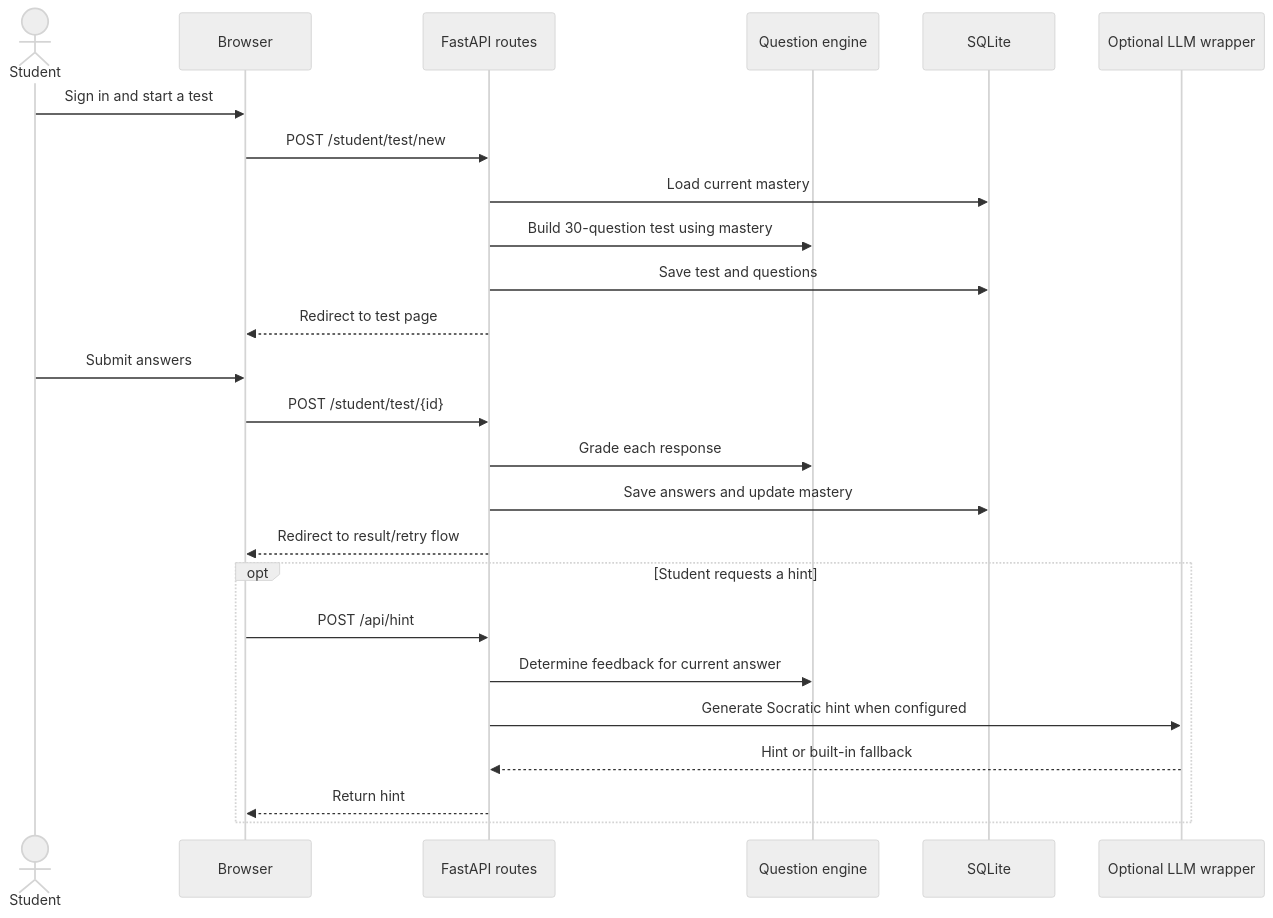
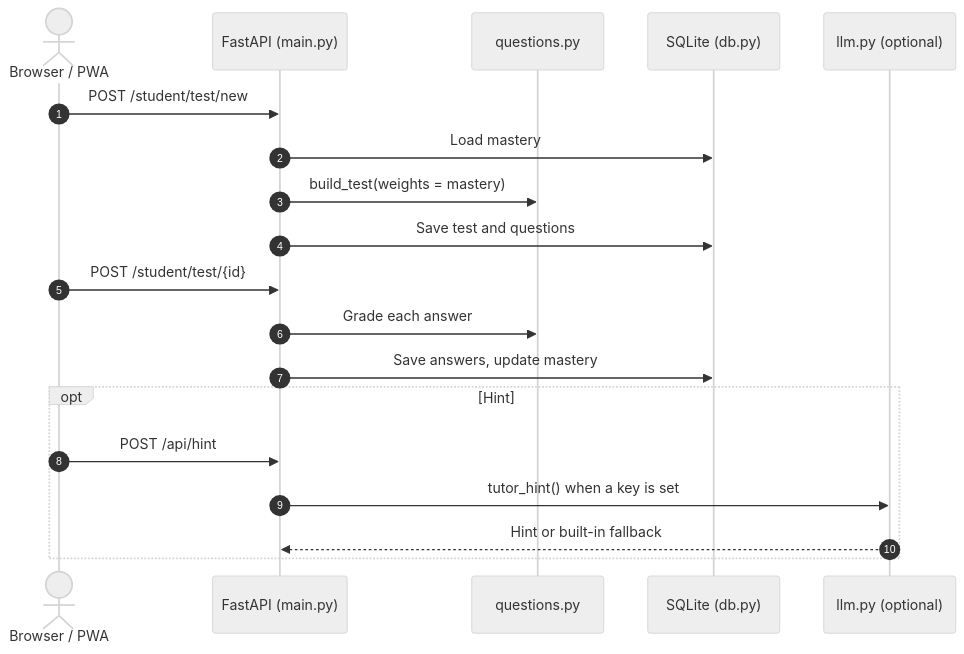
Before and after one commit to RezaurRahman47/SchoolHack: the fifth of 5 diagrams in docs/technical-flow.md, drawn with Mermaid (neutral theme). The commit also changed other lines of this file and 11 other files, not shown here.

First line of the commit message:
Add Archify: interactive technical and business architecture

````diff
--- a/docs/technical-flow.md
+++ b/docs/technical-flow.md
@@ -23,28 +155,22 @@
 ```mermaid
 sequenceDiagram
-    actor Student
-    participant Browser
-    participant API as FastAPI routes
-    participant Questions as Question engine
-    participant DB as SQLite
-    participant Tutor as Optional LLM wrapper
+    autonumber
+    actor S as Browser / PWA
+    participant API as FastAPI (main.py)
+    participant Q as questions.py
+    participant DB as SQLite (db.py)
+    participant LLM as llm.py (optional)
 
-    Student->>Browser: Sign in and start a test
-    Browser->>API: POST /student/test/new
-    API->>DB: Load current mastery
-    API->>Questions: Build 30-question test using mastery
+    S->>API: POST /student/test/new
+    API->>DB: Load mastery
+    API->>Q: build_test(weights = mastery)
     API->>DB: Save test and questions
-    API-->>Browser: Redirect to test page
-    Student->>Browser: Submit answers
-    Browser->>API: POST /student/test/{id}
-    API->>Questions: Grade each response
-    API->>DB: Save answers and update mastery
-    API-->>Browser: Redirect to result/retry flow
-    opt Student requests a hint
-        Browser->>API: POST /api/hint
-        API->>Questions: Determine feedback for current answer
-        API->>Tutor: Generate Socratic hint when configured
-        Tutor-->>API: Hint or built-in fallback
-        API-->>Browser: Return hint
+    S->>API: POST /student/test/{id}
+    API->>Q: Grade each answer
+    API->>DB: Save answers, update mastery
+    opt Hint
+        S->>API: POST /api/hint
+        API->>LLM: tutor_hint() when a key is set
+        LLM-->>API: Hint or built-in fallback
     end
 ```
````
